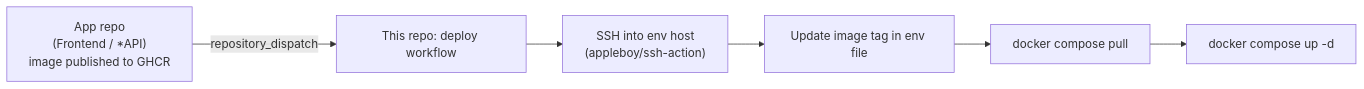
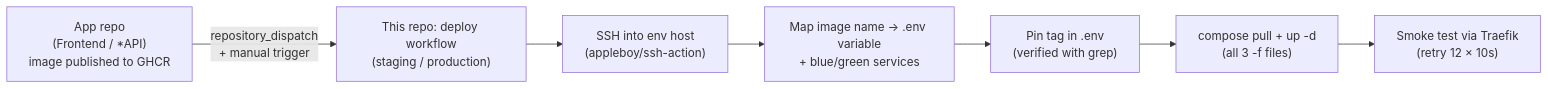
Before and after one commit to AstroLumina-by-Carmen-Ilie/AstroLumina-DockerCompose: the eighth of 8 diagrams in README.md, drawn with Mermaid. The commit also changed other lines of this file and 4 other files, not shown here.

Commit message:
Refactor deployment workflows: enhance service selection and tagging for staging and production

````diff
--- a/README.md
+++ b/README.md
@@ -317,8 +316,9 @@
 ```mermaid
 flowchart LR
-    APP["App repo<br/>(Frontend / *API)<br/>image published to GHCR"] -->|repository_dispatch| WF["This repo: deploy workflow"]
+    APP["App repo<br/>(Frontend / *API)<br/>image published to GHCR"] -->|repository_dispatch<br/>+ manual trigger| WF["This repo: deploy workflow<br/>(staging / production)"]
     WF --> SSH["SSH into env host<br/>(appleboy/ssh-action)"]
-    SSH --> SED["Update image tag in env file"]
-    SED --> PULL["docker compose pull"]
-    PULL --> UP["docker compose up -d"]
+    SSH --> MAP["Map image name → .env variable<br/>+ blue/green services"]
+    MAP --> SED["Pin tag in .env<br/>(verified with grep)"]
+    SED --> PULL["compose pull + up -d<br/>(all 3 -f files)"]
+    PULL --> SMOKE["Smoke test via Traefik<br/>(retry 12 × 10s)"]
 ```
````
